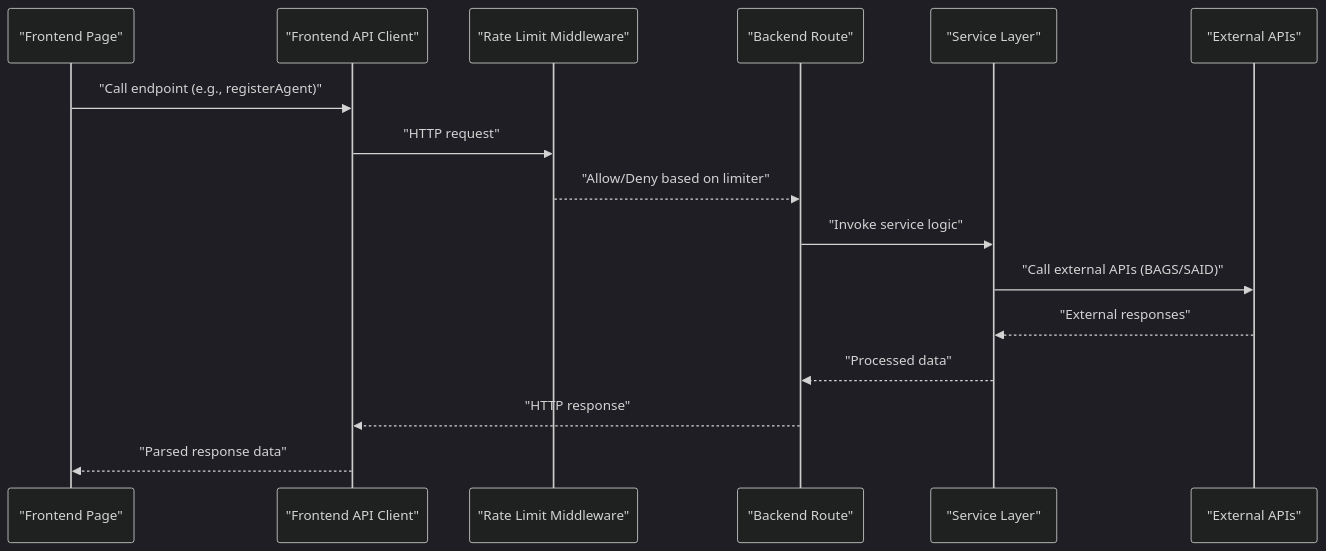
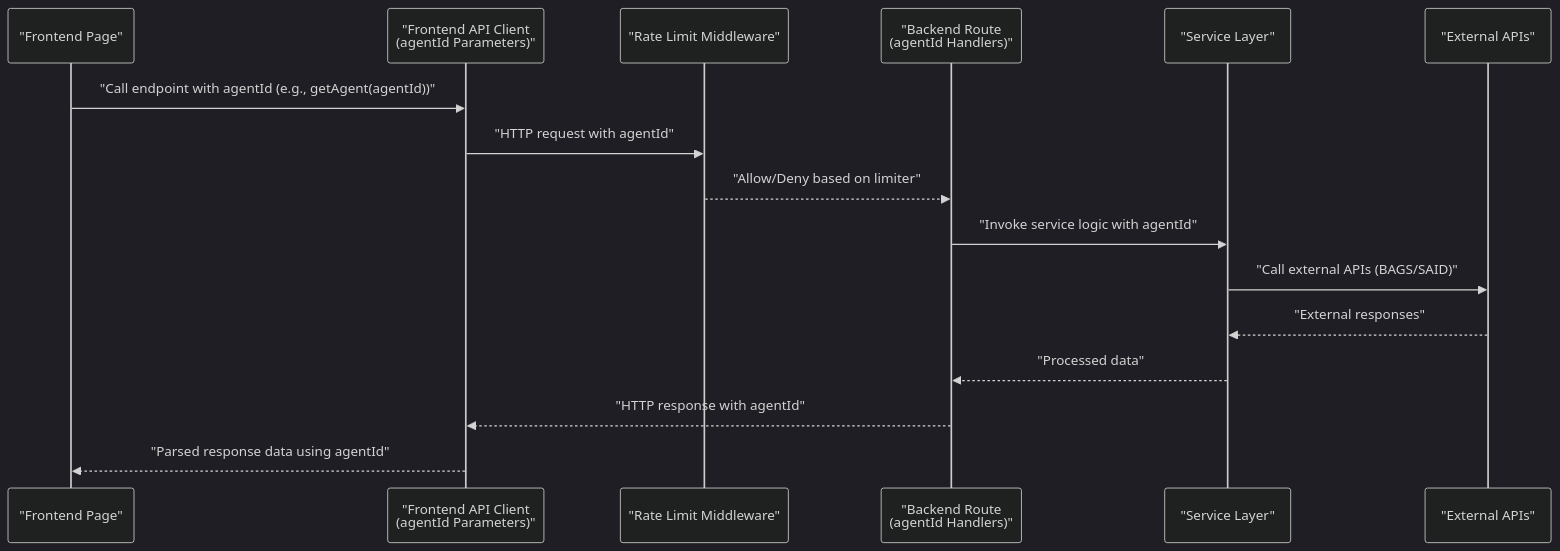
The second of 10 diagrams in .qoder/repowiki/en/content/Frontend Application/API Integration.md (RunTimeAdmin/AgentID), drawn with Mermaid (dark theme) before and after one commit. The commit also changed other lines of this file and 31 other files, not shown here.

````diff
--- a/.qoder/repowiki/en/content/Frontend Application/API Integration.md
+++ b/.qoder/repowiki/en/content/Frontend Application/API Integration.md
@@ -109,18 +126,18 @@
 ```mermaid
 sequenceDiagram
 participant FE as "Frontend Page"
-participant API as "Frontend API Client"
+participant API as "Frontend API Client<br/>(agentId Parameters)"
 participant RL as "Rate Limit Middleware"
-participant Route as "Backend Route"
+participant Route as "Backend Route<br/>(agentId Handlers)"
 participant Svc as "Service Layer"
 participant Ext as "External APIs"
-FE->>API : "Call endpoint (e.g., registerAgent)"
-API->>RL : "HTTP request"
+FE->>API : "Call endpoint with agentId (e.g., getAgent(agentId))"
+API->>RL : "HTTP request with agentId"
 RL-->>Route : "Allow/Deny based on limiter"
-Route->>Svc : "Invoke service logic"
+Route->>Svc : "Invoke service logic with agentId"
 Svc->>Ext : "Call external APIs (BAGS/SAID)"
 Ext-->>Svc : "External responses"
 Svc-->>Route : "Processed data"
-Route-->>API : "HTTP response"
-API-->>FE : "Parsed response data"
+Route-->>API : "HTTP response with agentId"
+API-->>FE : "Parsed response data using agentId"
 ```
````
